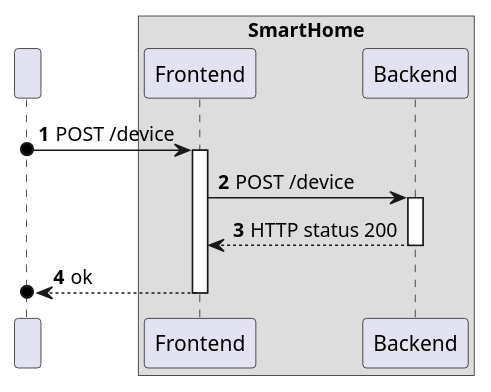
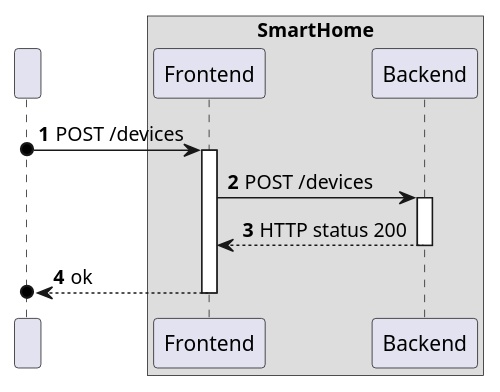
Before and after one commit to olivDiogo/SmartHome: the diagram in docs/ooa/C4_4plus1_models/Level2/ProcessView/ProcessViewLevel2_UC19.puml, drawn with PlantUML. The commit also changed 2 other files, not shown here.

```diff
--- a/docs/ooa/C4_4plus1_models/Level2/ProcessView/ProcessViewLevel2_UC19.puml
+++ b/docs/ooa/C4_4plus1_models/Level2/ProcessView/ProcessViewLevel2_UC19.puml
@@ -1,26 +1,28 @@
 @startuml
 'https://plantuml.com/sequence-diagram
 !pragma layout smetana
 
 autonumber
 participant " " as User
 
 box "SmartHome"
     participant Frontend as FE
     participant Backend as BE
 end box
 
-User o-> FE : POST /device
+
+User o-> FE : POST /devices
 activate FE
 
-FE -> BE : POST /device
+FE -> BE : POST /devices
 activate BE
+
 BE --> FE : HTTP status 200
 deactivate BE
 
 FE -->o User : ok
 deactivate FE
 
 
 
 @enduml
```
